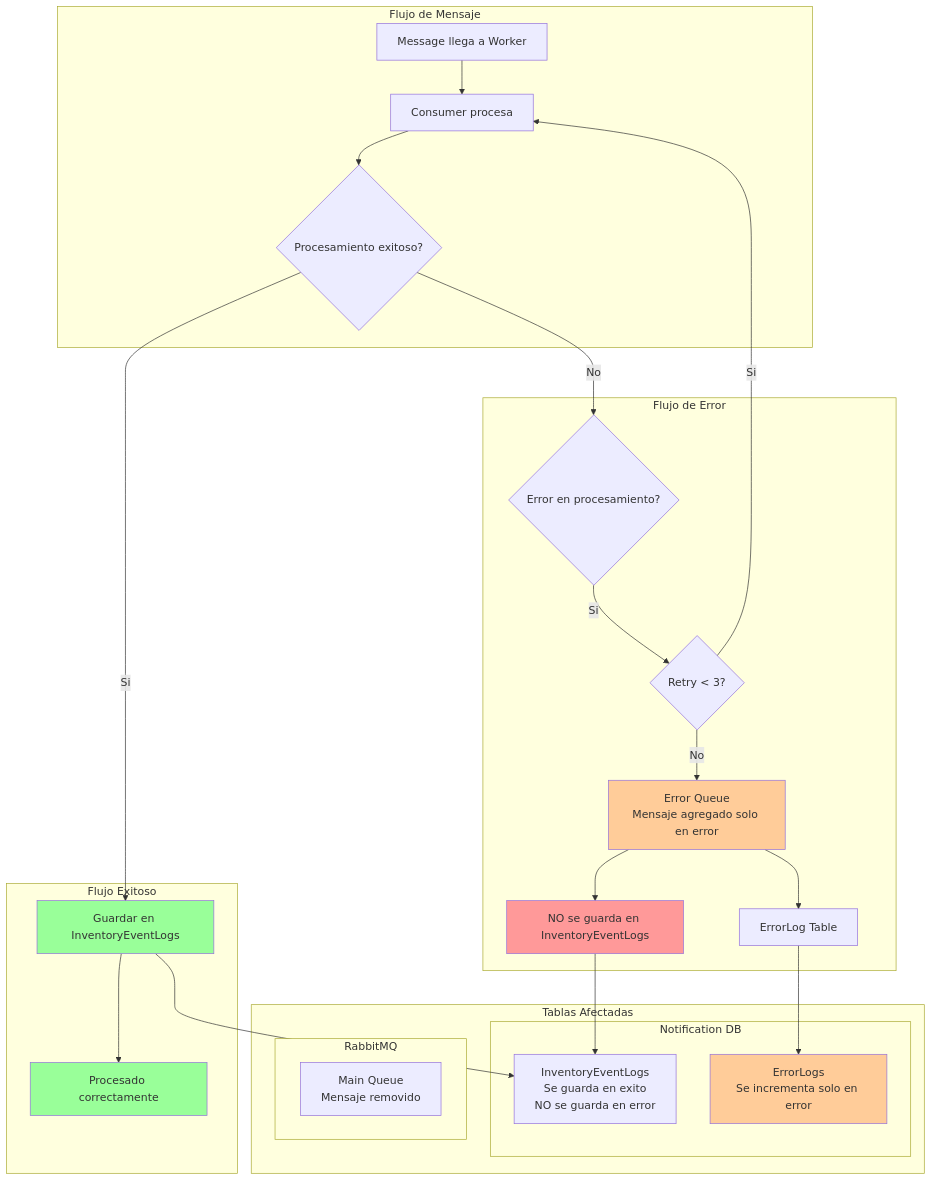
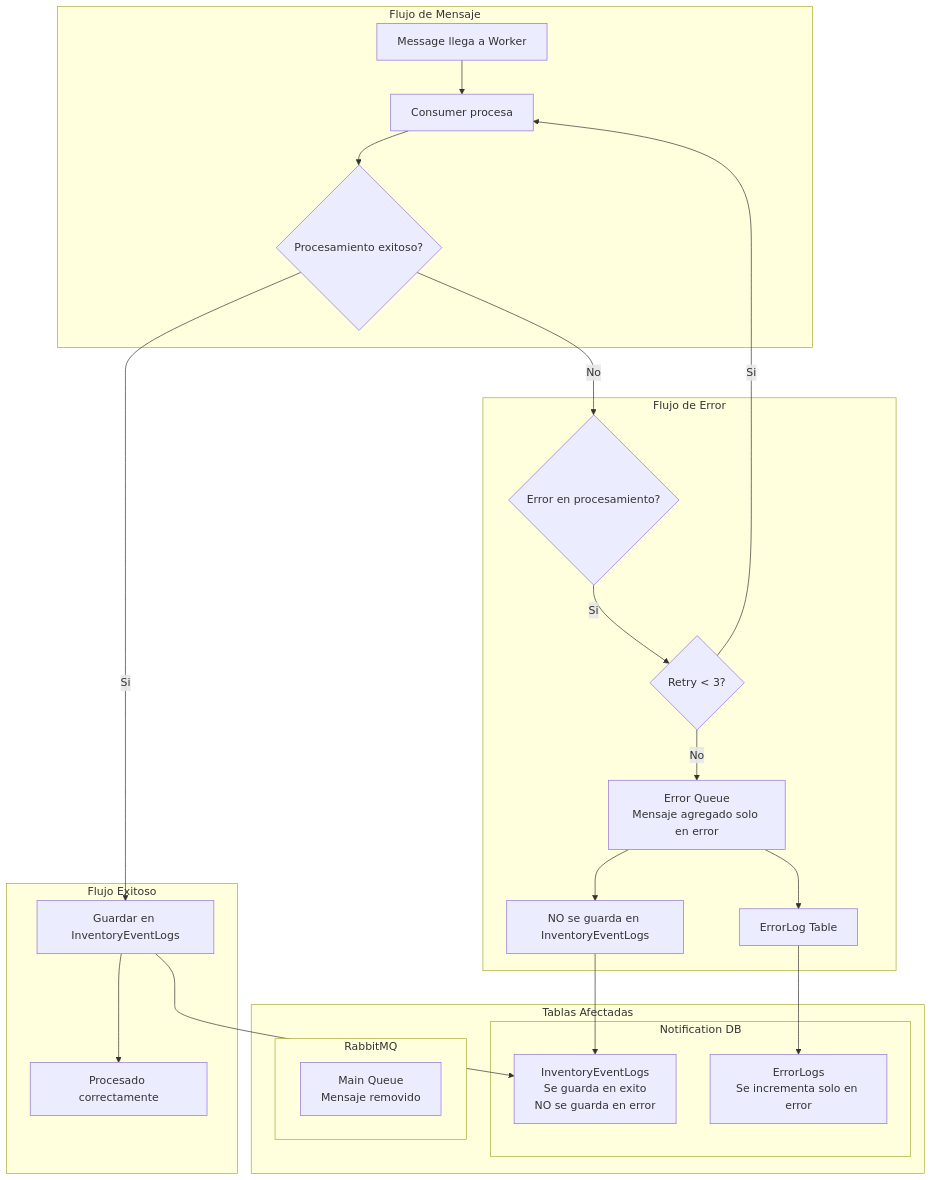
One commit to iambenjamin-developer/Kinetic changed the fifth of 5 diagrams in Copy.md. Above: the diagram before and after it, drawn with Mermaid. The commit also changed other lines of this file, not shown here.

````diff
--- a/Copy.md
+++ b/Copy.md
@@ -164,55 +159,49 @@
 ```mermaid
 graph TD
     subgraph "Flujo de Mensaje"
         Message[Message llega a Worker]
         Consumer[Consumer procesa]
         Success{Procesamiento exitoso?}
     end
     
     subgraph "Flujo Exitoso"
         SaveLog[Guardar en InventoryEventLogs]
         SuccessResponse[Procesado correctamente]
     end
     
     subgraph "Flujo de Error"
         Error{Error en procesamiento?}
         Retry{Retry < 3?}
         ErrorQueue[Error Queue]
         ErrorLog[ErrorLog Table]
         NoSaveLog[NO se guarda en InventoryEventLogs]
     end
     
     subgraph "Tablas Afectadas"
         subgraph "Notification DB"
             InventoryEventLogs[InventoryEventLogs<br/>Se guarda en exito<br/>NO se guarda en error]
             ErrorLogs[ErrorLogs<br/>Se incrementa solo en error]
         end
         
         subgraph "RabbitMQ"
             MainQueue[Main Queue<br/>Mensaje removido]
             ErrorQueue[Error Queue<br/>Mensaje agregado solo en error]
         end
     end
     
     Message --> Consumer
     Consumer --> Success
     
     Success -->|Si| SaveLog
     SaveLog --> SuccessResponse
     SaveLog --> InventoryEventLogs
     
     Success -->|No| Error
     Error -->|Si| Retry
     Retry -->|Si| Consumer
     Retry -->|No| ErrorQueue
     ErrorQueue --> ErrorLog
     ErrorQueue --> NoSaveLog
     ErrorLog --> ErrorLogs
     NoSaveLog --> InventoryEventLogs
-    
-    style ErrorLogs fill:#ffcc99
-    style ErrorQueue fill:#ffcc99
-    style NoSaveLog fill:#ff9999
-    style SaveLog fill:#99ff99
-    style SuccessResponse fill:#99ff99
 ```
````
